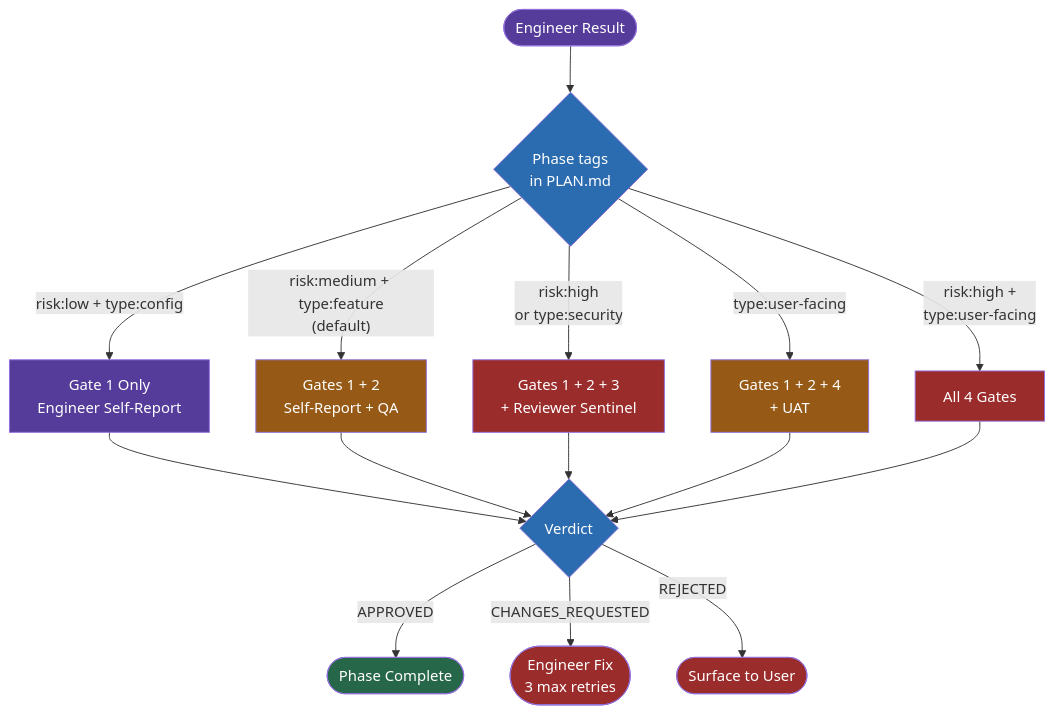
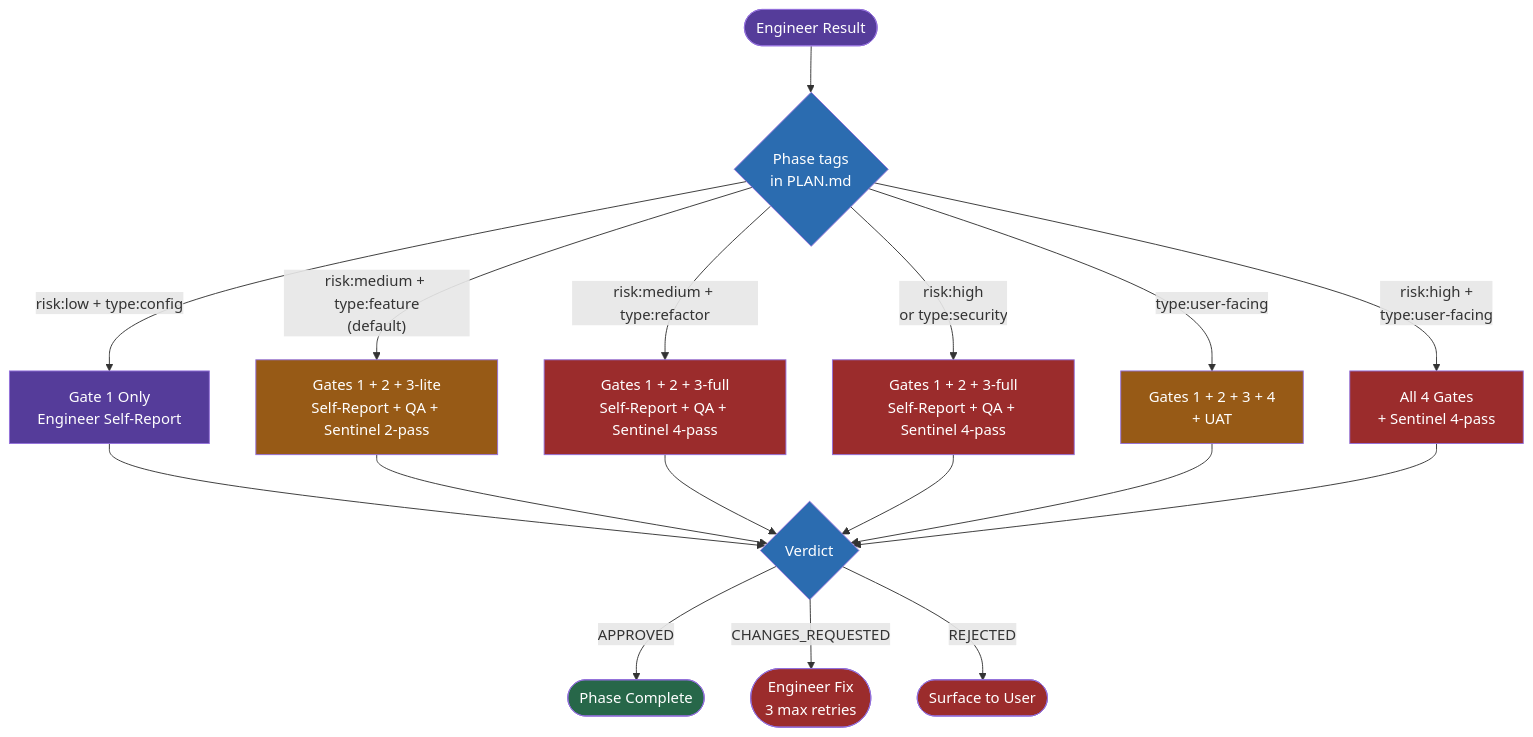
The fourth of 10 diagrams in reference/diagrams.md (rfxn/rdf), drawn with Mermaid before and after one commit. The commit also changed 3 other files, not shown here.

````diff
--- a/reference/diagrams.md
+++ b/reference/diagrams.md
@@ -184,34 +184,37 @@
 ```mermaid
 flowchart TD
     Result([Engineer Result]) --> Tags{Phase tags\nin PLAN.md}
 
     Tags -->|"risk:low + type:config"| G1Only[Gate 1 Only\nEngineer Self-Report]
-    Tags -->|"risk:medium + type:feature\n(default)"| G1G2[Gates 1 + 2\nSelf-Report + QA]
-    Tags -->|"risk:high\nor type:security"| G1G2G3[Gates 1 + 2 + 3\n+ Reviewer Sentinel]
-    Tags -->|"type:user-facing"| G1G2G4[Gates 1 + 2 + 4\n+ UAT]
-    Tags -->|"risk:high +\ntype:user-facing"| AllGates[All 4 Gates]
+    Tags -->|"risk:medium + type:feature\n(default)"| G1G2G3L[Gates 1 + 2 + 3-lite\nSelf-Report + QA + Sentinel 2-pass]
+    Tags -->|"risk:medium + type:refactor"| G1G2G3F[Gates 1 + 2 + 3-full\nSelf-Report + QA + Sentinel 4-pass]
+    Tags -->|"risk:high\nor type:security"| G1G2G3H[Gates 1 + 2 + 3-full\nSelf-Report + QA + Sentinel 4-pass]
+    Tags -->|"type:user-facing"| G1G2G3U[Gates 1 + 2 + 3 + 4\n+ UAT]
+    Tags -->|"risk:high +\ntype:user-facing"| AllGates[All 4 Gates\n+ Sentinel 4-pass]
 
     G1Only --> Verdict
-    G1G2 --> Verdict
-    G1G2G3 --> Verdict
-    G1G2G4 --> Verdict
+    G1G2G3L --> Verdict
+    G1G2G3F --> Verdict
+    G1G2G3H --> Verdict
+    G1G2G3U --> Verdict
     AllGates --> Verdict
 
     Verdict{Verdict}
 
     Verdict -->|APPROVED| Complete([Phase Complete])
     Verdict -->|CHANGES_REQUESTED| Fix([Engineer Fix\n3 max retries])
     Verdict -->|REJECTED| Blocked([Surface to User])
 
     style Result fill:#553c9a,color:#fff
     style Tags fill:#2b6cb0,color:#fff
     style G1Only fill:#553c9a,color:#fff
-    style G1G2 fill:#975a16,color:#fff
-    style G1G2G3 fill:#9b2c2c,color:#fff
-    style G1G2G4 fill:#975a16,color:#fff
+    style G1G2G3L fill:#975a16,color:#fff
+    style G1G2G3F fill:#9b2c2c,color:#fff
+    style G1G2G3H fill:#9b2c2c,color:#fff
+    style G1G2G3U fill:#975a16,color:#fff
     style AllGates fill:#9b2c2c,color:#fff
     style Complete fill:#276749,color:#fff
     style Fix fill:#9b2c2c,color:#fff
     style Blocked fill:#9b2c2c,color:#fff
     style Verdict fill:#2b6cb0,color:#fff
 ```
````
